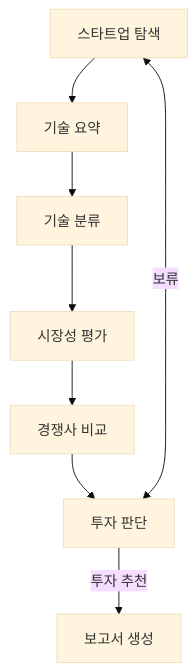
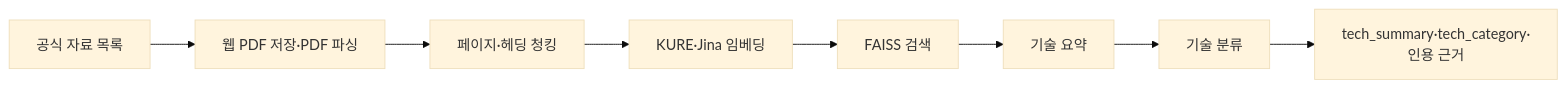
One commit to SKALA-ULSAN-4-3/AI-RAG changed the diagram in README.md. Above: the diagram before and after it, drawn with Mermaid (base theme). The commit also changed other lines of this file and 22 other files, not shown here.

````diff
--- a/README.md
+++ b/README.md
@@ -58,10 +43,10 @@
 ```mermaid
-graph TD
-    A[스타트업 탐색] --> B[기술 요약]
-    B --> C[기술 분류]
-    C --> D[시장성 평가]
-    D --> E[경쟁사 비교]
-    E --> F[투자 판단]
-    F -->|투자 추천| G[보고서 생성]
-    A <-->|보류| F
+flowchart LR
+    A[공식 자료 목록] --> B[웹 PDF 저장·PDF 파싱]
+    B --> C[페이지·헤딩 청킹]
+    C --> D[KURE·Jina 임베딩]
+    D --> E[FAISS 검색]
+    E --> F[기술 요약]
+    F --> G[기술 분류]
+    G --> H[tech_summary·tech_category·인용 근거]
 ```
````
